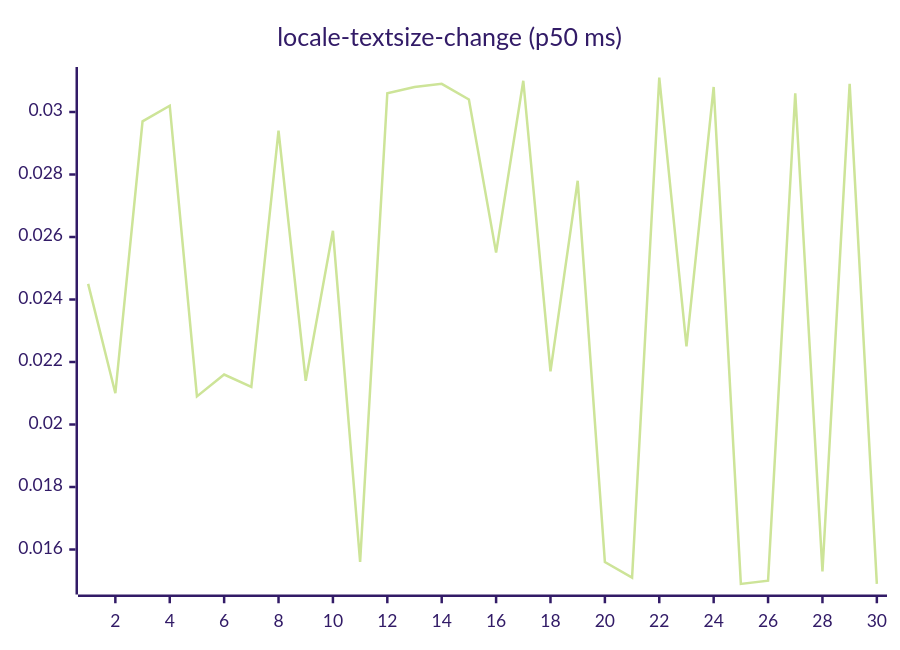
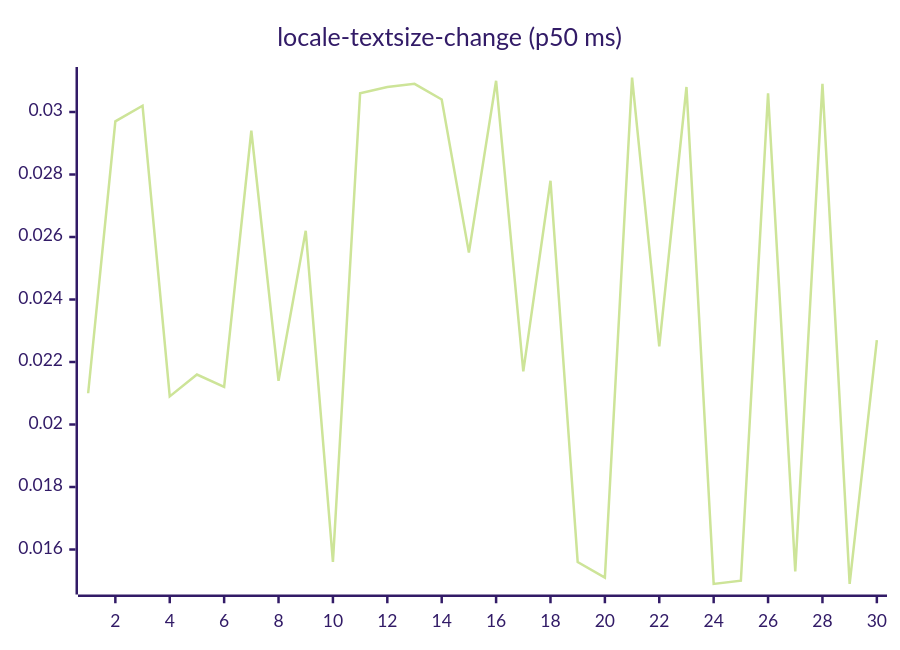
Before and after one commit to josha/Facet: diagram 13 of 27 in README.md, drawn with Mermaid (forest theme). The commit also changed other lines of this file and 2 other files, not shown here.

````diff
--- a/README.md
+++ b/README.md
@@ -147,6 +147,6 @@
 ```mermaid
 xychart-beta
     title "locale-textsize-change (p50 ms)"
     x-axis 1 --> 30
-    line [0.0245, 0.0210, 0.0297, 0.0302, 0.0209, 0.0216, 0.0212, 0.0294, 0.0214, 0.0262, 0.0156, 0.0306, 0.0308, 0.0309, 0.0304, 0.0255, 0.0310, 0.0217, 0.0278, 0.0156, 0.0151, 0.0311, 0.0225, 0.0308, 0.0149, 0.0150, 0.0306, 0.0153, 0.0309, 0.0149]
+    line [0.0210, 0.0297, 0.0302, 0.0209, 0.0216, 0.0212, 0.0294, 0.0214, 0.0262, 0.0156, 0.0306, 0.0308, 0.0309, 0.0304, 0.0255, 0.0310, 0.0217, 0.0278, 0.0156, 0.0151, 0.0311, 0.0225, 0.0308, 0.0149, 0.0150, 0.0306, 0.0153, 0.0309, 0.0149, 0.0227]
 ```
````
